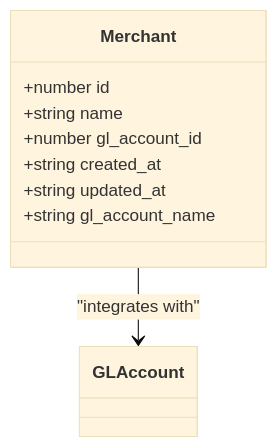
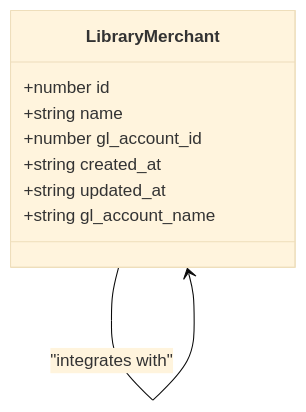
One commit to geniusdynamics/schoolpilot changed the tenth of 13 diagrams in .qoder/repowiki/en/content/Modules System/Nutrition Module.md. Above: the diagram before and after it, drawn with Mermaid (base theme). The commit also changed other lines of this file and 54 other files, not shown here.

````diff
--- a/.qoder/repowiki/en/content/Modules System/Nutrition Module.md
+++ b/.qoder/repowiki/en/content/Modules System/Nutrition Module.md
@@ -521,12 +1480,12 @@
 ```mermaid
 classDiagram
-class Merchant {
+class LibraryMerchant {
 +number id
 +string name
 +number gl_account_id
 +string created_at
 +string updated_at
 +string gl_account_name
 }
-Merchant --> GLAccount : "integrates with"
+LibraryMerchant --> LibraryMerchant : "integrates with"
 ```
````
